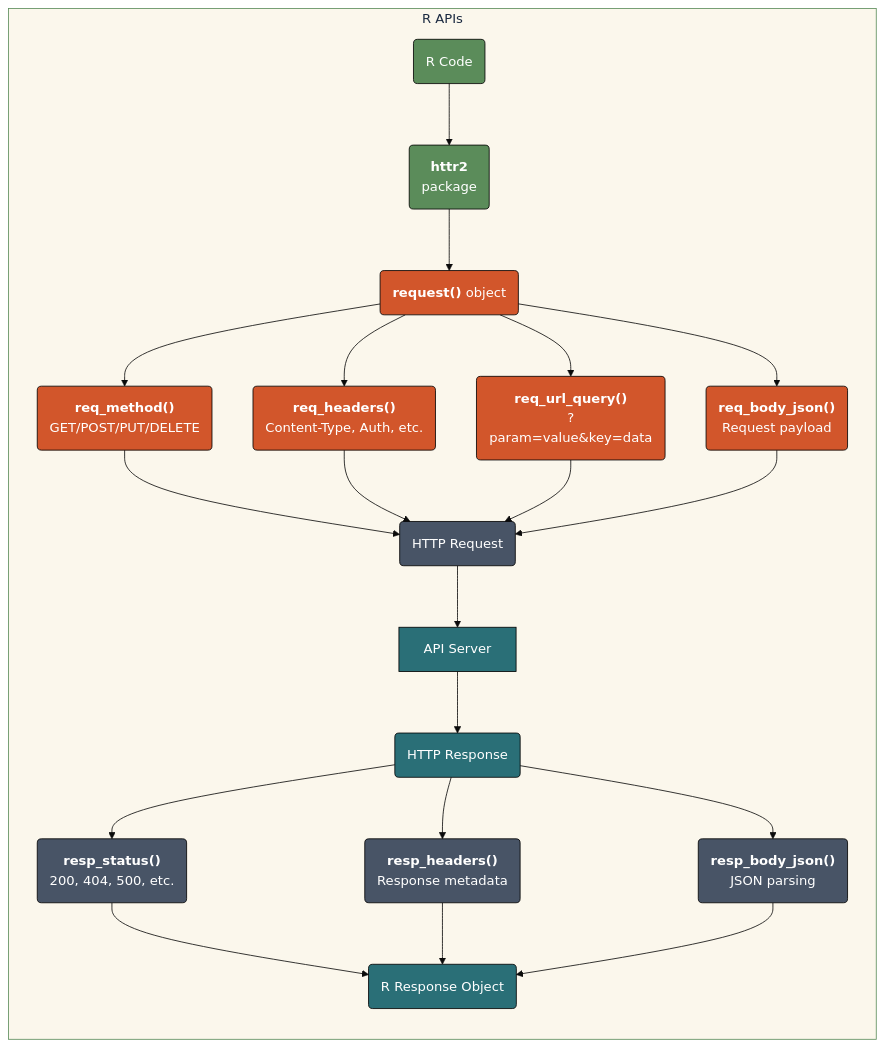
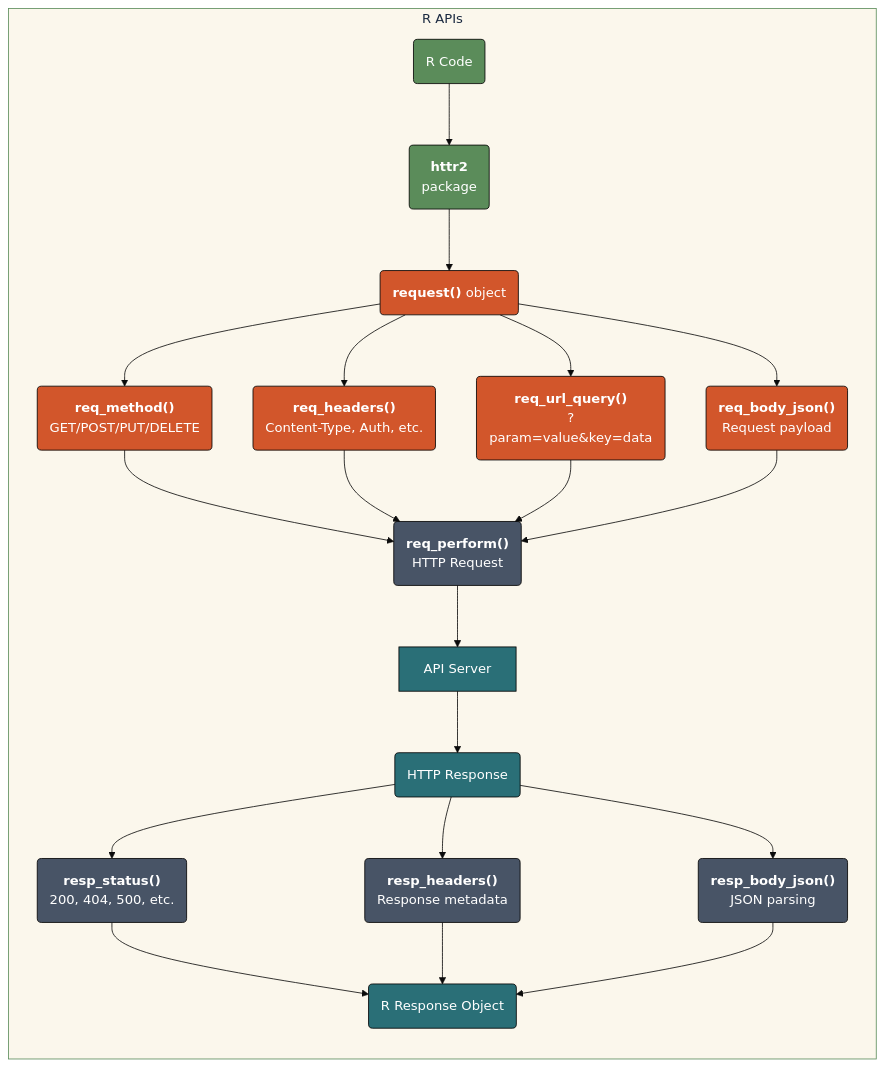
One commit to mjfrigaard/do4ds-labs changed the seventh of 7 diagrams in lab03.qmd. Above: the diagram before and after it, drawn with Mermaid. The commit also changed other lines of this file and 15 other files, not shown here.

````diff
--- a/lab03.qmd
+++ b/lab03.qmd
@@ -349,42 +345,42 @@
 ```{mermaid}
 %%| fig-cap: 'R API Requests'
 %%{init: {'theme': 'base', 'look': 'classic', 'themeVariables': {'fontFamily': 'monospace'}}}%%
 
 graph LR
     subgraph RApi["R APIs"]
         A1("R Code") --> B1("<strong>httr2</strong><br>package")
         B1 --> C1("<strong>request()</strong> object")
         C1 --> D1("<strong>req_method()</strong><br>GET/POST/PUT/DELETE")
         C1 --> E1("<strong>req_headers()</strong><br>Content-Type, Auth, etc.")
         C1 --> F1("<strong>req_url_query()</strong><br>?param=value&key=data")
         C1 --> G1("<strong>req_body_json()</strong><br>Request payload")
-        D1 --> H1("HTTP Request")
-        E1 --> H1
-        F1 --> H1
-        G1 --> H1
-        H1 --> I1["API Server"]
+        D1 --> P1("<strong>req_perform()</strong><br>HTTP Request")
+        E1 --> P1
+        F1 --> P1
+        G1 --> P1
+        P1 --> I1["API Server"]
         I1 --> J1("HTTP Response")
         J1 --> K1("<strong>resp_status()</strong><br>200, 404, 500, etc.")
         J1 --> L1("<strong>resp_headers()</strong><br>Response metadata")
         J1 --> M1("<strong>resp_body_json()</strong><br>JSON parsing")
         K1 --> N1("R Response Object")
         L1 --> N1
         M1 --> N1
     end
     style RApi fill:#fbf7ec,stroke:#5B8C5A,color:#1B2A41
     style A1 fill:#5B8C5A,stroke:#000000,stroke-width:1px,color:#ffffff
     style B1 fill:#5B8C5A,stroke:#000000,stroke-width:1px,color:#ffffff
     style C1 fill:#D2562B,stroke:#000000,stroke-width:1px,color:#ffffff
     style D1 fill:#D2562B,stroke:#000000,stroke-width:1px,color:#ffffff
     style E1 fill:#D2562B,stroke:#000000,stroke-width:1px,color:#ffffff
     style F1 fill:#D2562B,stroke:#000000,stroke-width:1px,color:#ffffff
     style G1 fill:#D2562B,stroke:#000000,stroke-width:1px,color:#ffffff
-    style H1 fill:#485466,stroke:#000000,stroke-width:1px,color:#ffffff
+    style P1 fill:#485466,stroke:#000000,stroke-width:1px,color:#ffffff
     style I1 fill:#2A6F77,stroke:#000000,stroke-width:1px,color:#ffffff
     style J1 fill:#2A6F77,stroke:#000000,stroke-width:1px,color:#ffffff
     style K1 fill:#485466,stroke:#000000,stroke-width:1px,color:#ffffff
     style L1 fill:#485466,stroke:#000000,stroke-width:1px,color:#ffffff
     style M1 fill:#485466,stroke:#000000,stroke-width:1px,color:#ffffff
     style N1 fill:#2A6F77,stroke:#000000,stroke-width:1px,color:#ffffff
 
 ```
````
